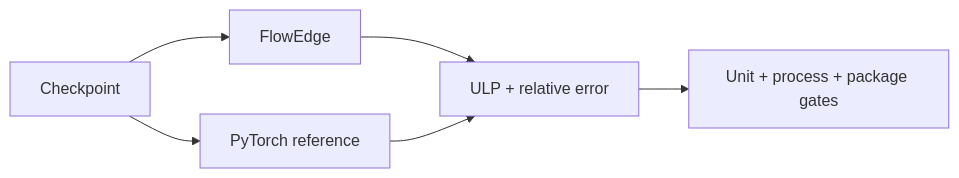
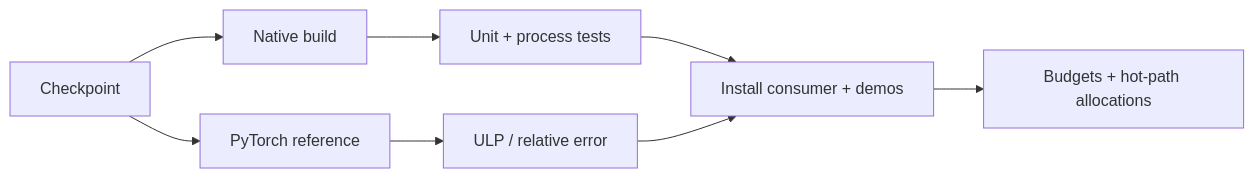
One commit to elprofesoriqo/FlowEdge changed the diagram in docs/guides/verification.md. Above: the diagram before and after it, drawn with Mermaid. The commit also changed other lines of this file and 16 other files, not shown here.

````diff
--- a/docs/guides/verification.md
+++ b/docs/guides/verification.md
@@ -18,8 +5,10 @@
 ```{mermaid}
 flowchart LR
-  C[Checkpoint] --> F[FlowEdge]
+  C[Checkpoint] --> N[Native build]
   C --> P[PyTorch reference]
-  F --> V[ULP + relative error]
-  P --> V
-  V --> T[Unit + process + package gates]
+  N --> T[Unit + process tests]
+  P --> U[ULP / relative error]
+  T --> G[Install consumer + demos]
+  U --> G
+  G --> B[Budgets + hot-path allocations]
 ```
````
